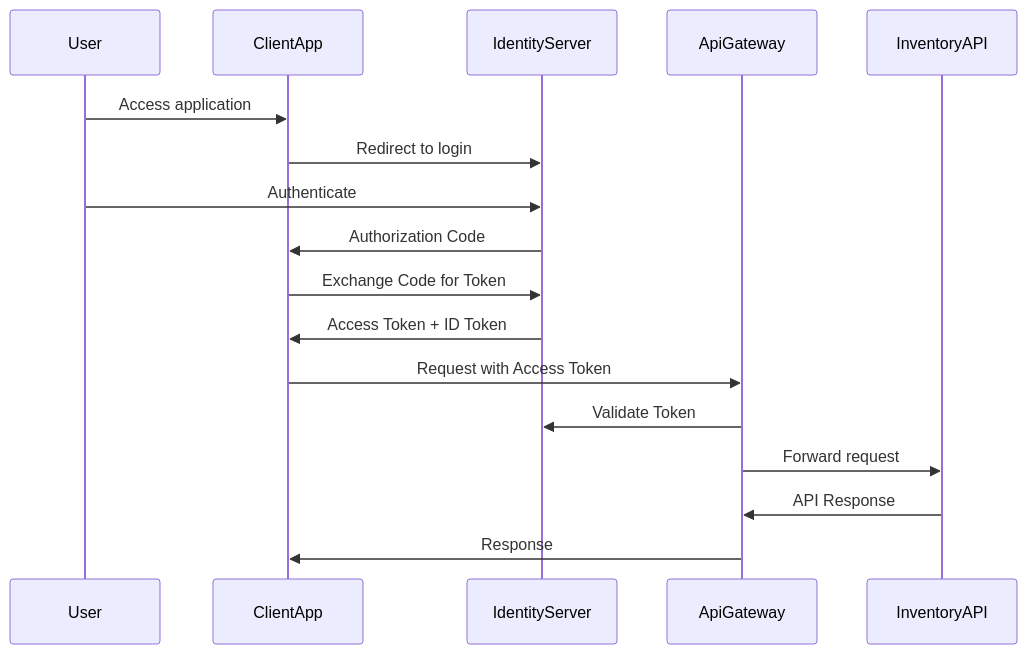
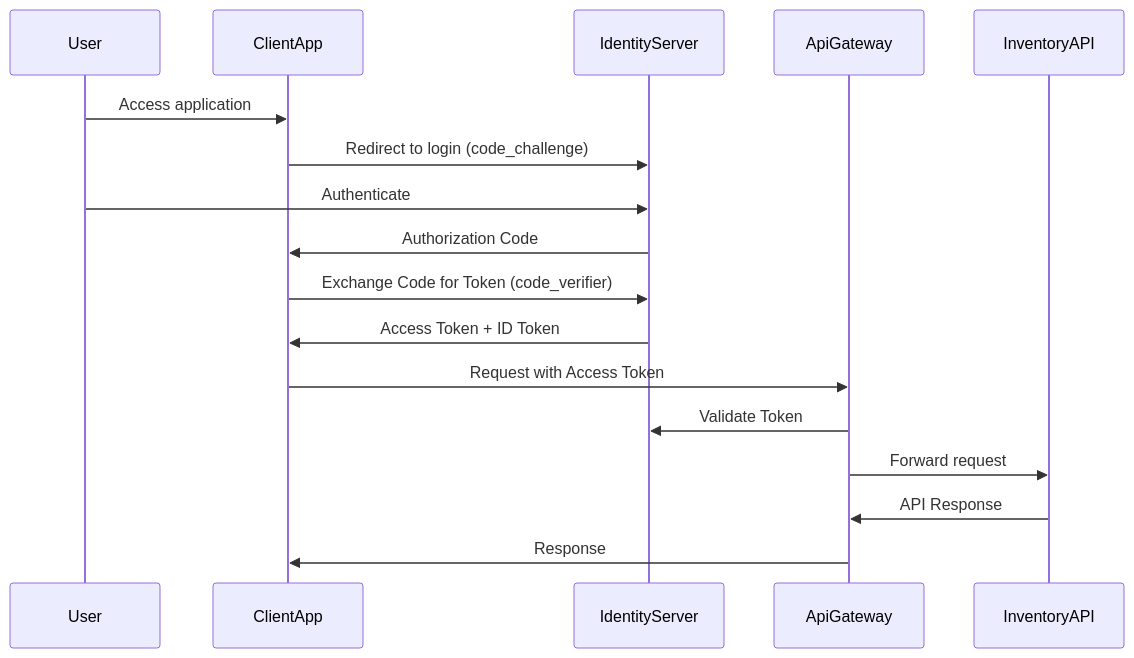
One commit to ayoolaniyan/auth-api changed the second of 10 diagrams in README.md. Above: the diagram before and after it, drawn with Mermaid. The commit also changed other lines of this file and 7 other files, not shown here.

First line of the commit message:
Remove committed signing keys and switch MVC client to Authorization Code + PKCE

````diff
--- a/README.md
+++ b/README.md
@@ -74,20 +74,20 @@
 ``` mermaid
 sequenceDiagram
 participant User
 participant ClientApp
 participant IdentityServer
 participant ApiGateway
 participant InventoryAPI
 
 User->>ClientApp: Access application
-ClientApp->>IdentityServer: Redirect to login
+ClientApp->>IdentityServer: Redirect to login (code_challenge)
 User->>IdentityServer: Authenticate
 IdentityServer->>ClientApp: Authorization Code
-ClientApp->>IdentityServer: Exchange Code for Token
+ClientApp->>IdentityServer: Exchange Code for Token (code_verifier)
 IdentityServer->>ClientApp: Access Token + ID Token
 ClientApp->>ApiGateway: Request with Access Token
 ApiGateway->>IdentityServer: Validate Token
 ApiGateway->>InventoryAPI: Forward request
 InventoryAPI->>ApiGateway: API Response
 ApiGateway->>ClientApp: Response
 ```
````
